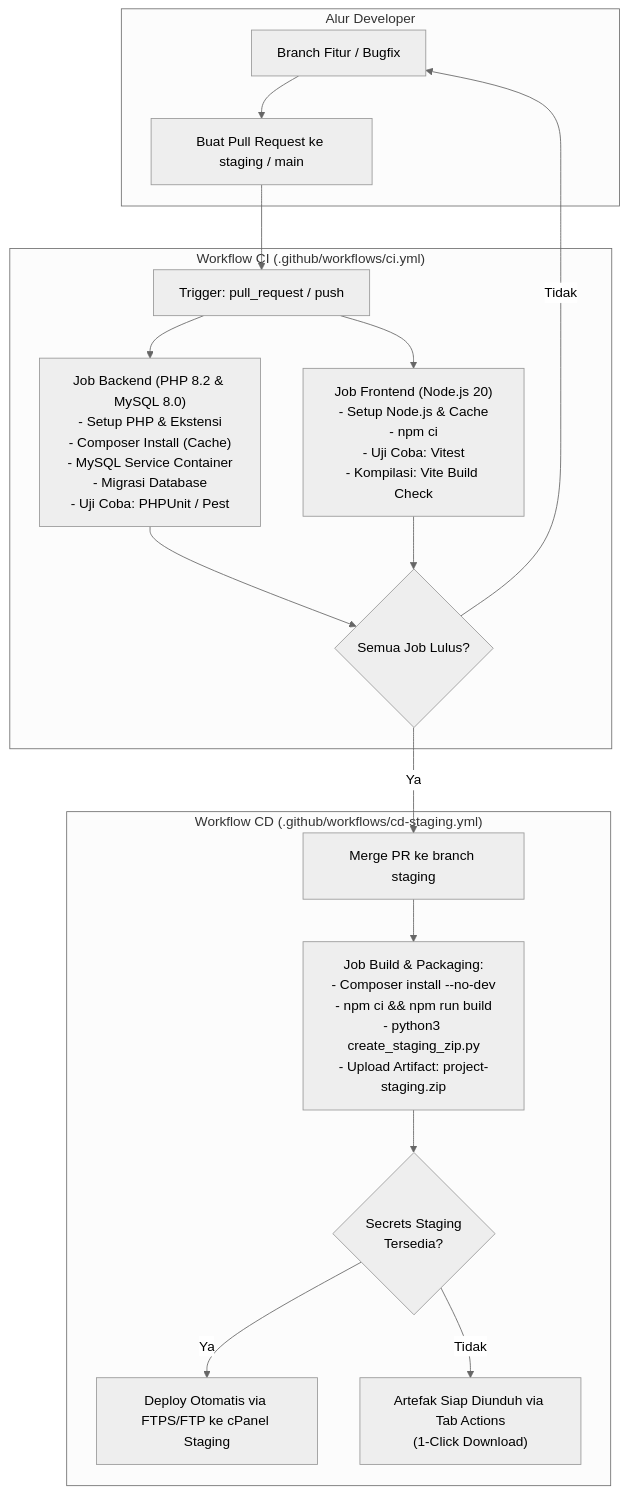
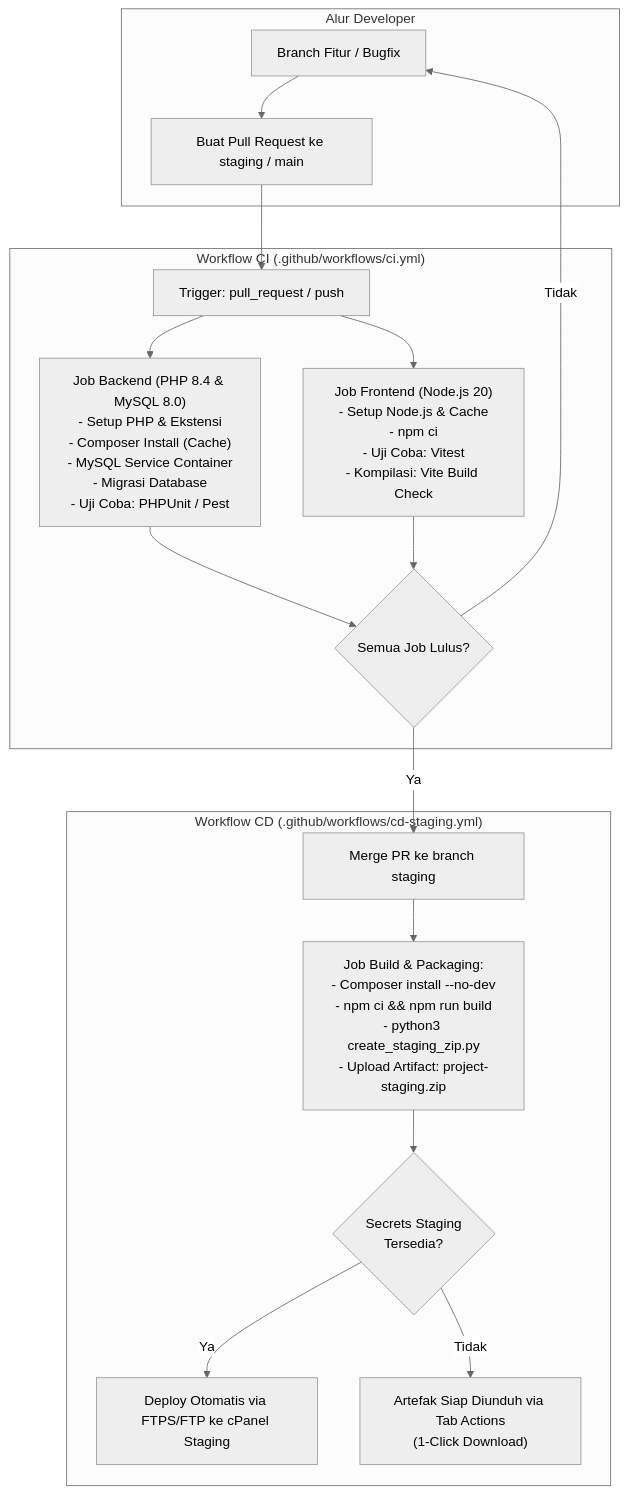
One commit to reGardens/20-10-indonesia-strategy-forum changed the diagram in docs/CI_CD_PIPELINE.md. Above: the diagram before and after it, drawn with Mermaid (neutral theme). The commit also changed other lines of this file and 3 other files, not shown here.

````diff
--- a/docs/CI_CD_PIPELINE.md
+++ b/docs/CI_CD_PIPELINE.md
@@ -9,35 +9,35 @@
 ```mermaid
 flowchart TD
     subgraph Developer["Alur Developer"]
         DevBranch["Branch Fitur / Bugfix"]
         OpenPR["Buat Pull Request ke staging / main"]
     end
 
     subgraph CI["Workflow CI (.github/workflows/ci.yml)"]
         TriggerCI["Trigger: pull_request / push"]
-        BackendJob["Job Backend (PHP 8.2 & MySQL 8.0)\n- Setup PHP & Ekstensi\n- Composer Install (Cache)\n- MySQL Service Container\n- Migrasi Database\n- Uji Coba: PHPUnit / Pest"]
+        BackendJob["Job Backend (PHP 8.4 & MySQL 8.0)\n- Setup PHP & Ekstensi\n- Composer Install (Cache)\n- MySQL Service Container\n- Migrasi Database\n- Uji Coba: PHPUnit / Pest"]
         FrontendJob["Job Frontend (Node.js 20)\n- Setup Node.js & Cache\n- npm ci\n- Uji Coba: Vitest\n- Kompilasi: Vite Build Check"]
         PRStatus{"Semua Job Lulus?"}
     end
 
     subgraph CD["Workflow CD (.github/workflows/cd-staging.yml)"]
         MergeStaging["Merge PR ke branch staging"]
         BuildPackage["Job Build & Packaging:\n- Composer install --no-dev\n- npm ci && npm run build\n- python3 create_staging_zip.py\n- Upload Artifact: project-staging.zip"]
         CheckSecrets{"Secrets Staging\nTersedia?"}
         DirectDeploy["Deploy Otomatis via FTPS/FTP ke cPanel Staging"]
         ArtifactReady["Artefak Siap Diunduh via Tab Actions\n(1-Click Download)"]
     end
 
     DevBranch --> OpenPR
     OpenPR --> TriggerCI
     TriggerCI --> BackendJob
     TriggerCI --> FrontendJob
     BackendJob --> PRStatus
     FrontendJob --> PRStatus
     PRStatus -- Ya --> MergeStaging
     PRStatus -- Tidak --> DevBranch
     MergeStaging --> BuildPackage
     BuildPackage --> CheckSecrets
     CheckSecrets -- Ya --> DirectDeploy
     CheckSecrets -- Tidak --> ArtifactReady
 ```
````
